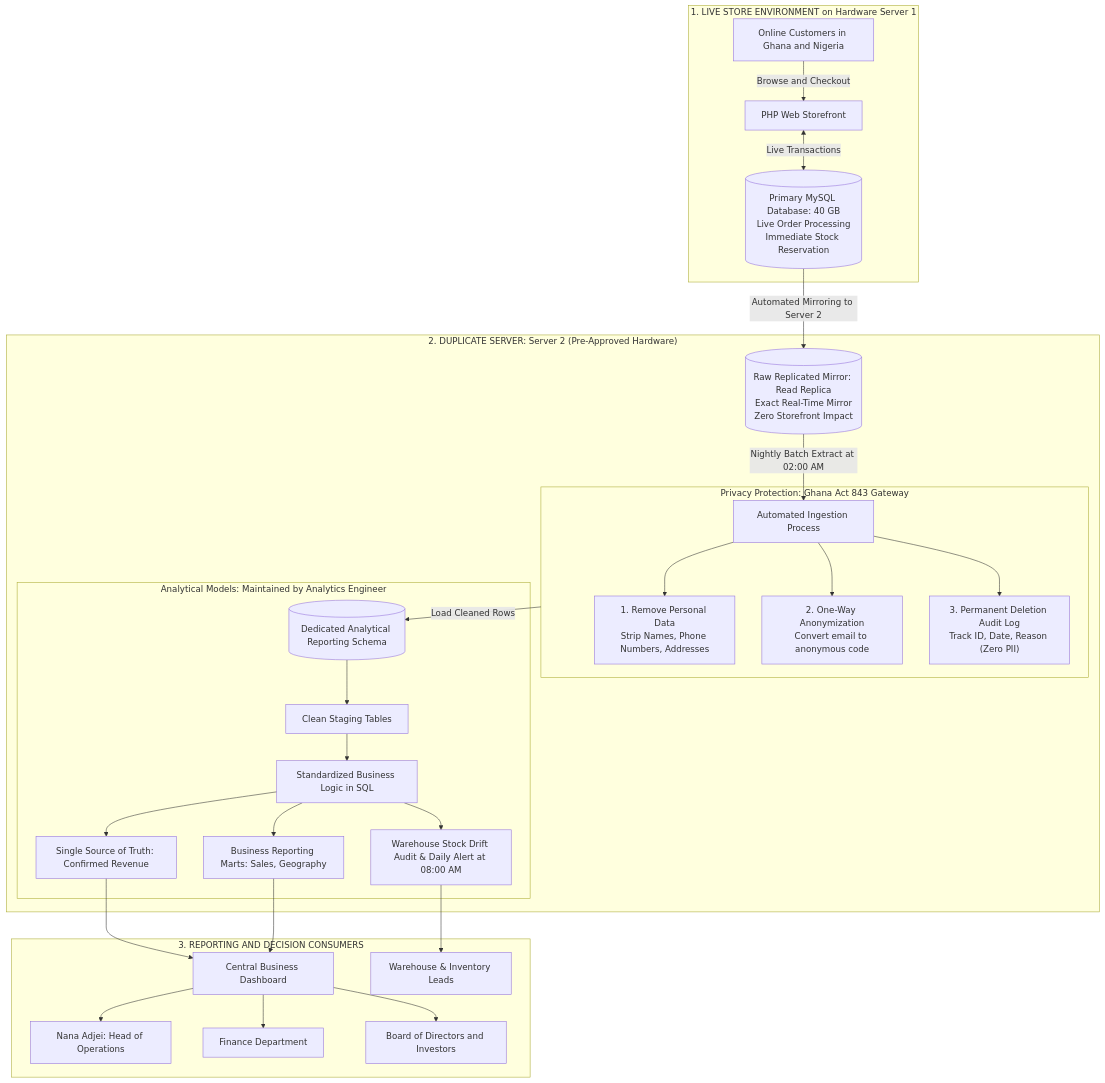
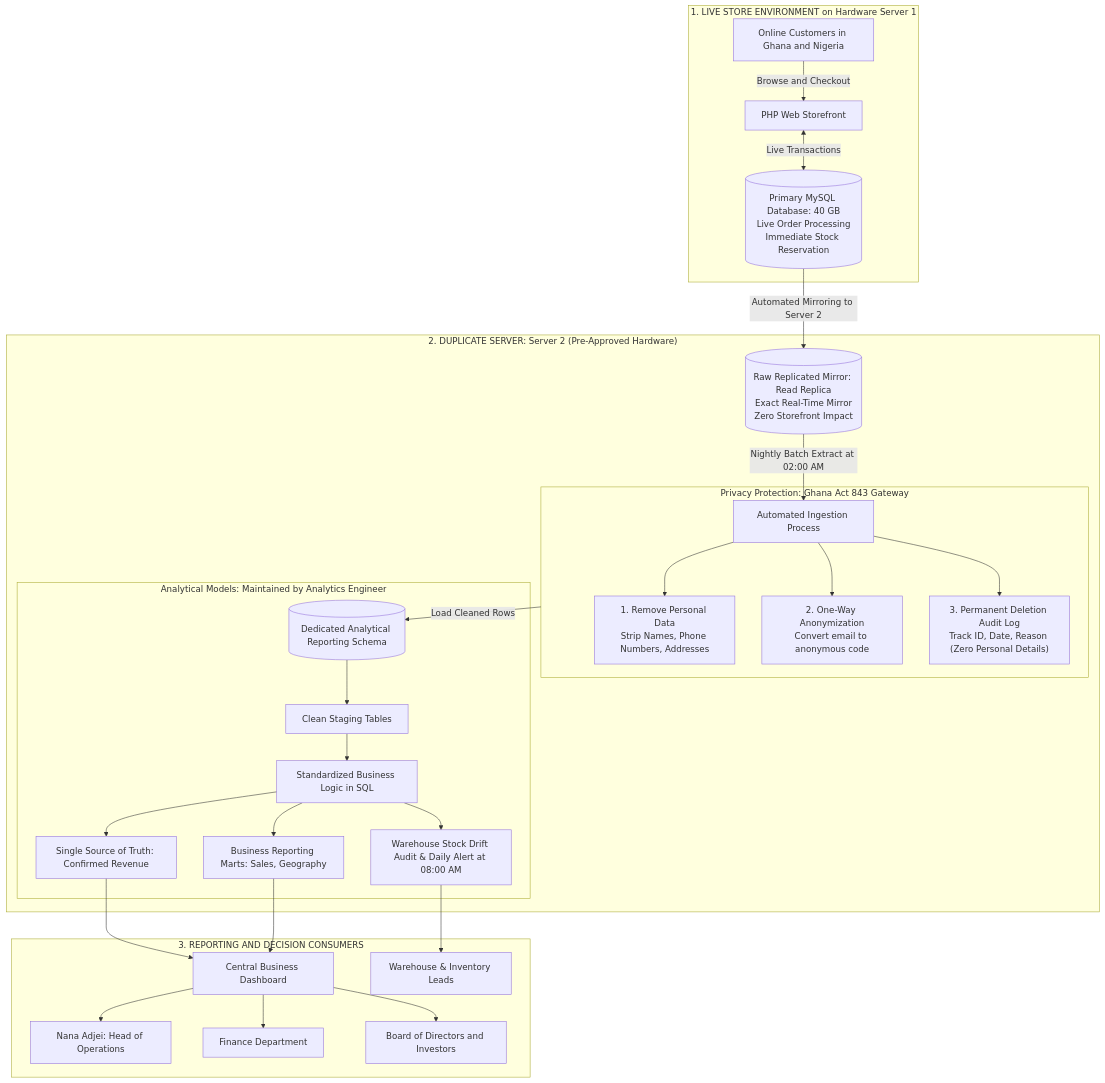
The first of 2 diagrams in erd_and_architecture.md (samuel-quaigraine/kloud_kart_lab_samuel_quaigraine), drawn with Mermaid before and after one commit. The commit also changed other lines of this file and 6 other files, not shown here.

````diff
--- a/erd_and_architecture.md
+++ b/erd_and_architecture.md
@@ -11,40 +11,40 @@
 ```mermaid
 flowchart TD
     subgraph LiveStore["1. LIVE STORE ENVIRONMENT on Hardware Server 1"]
         Shoppers["Online Customers in Ghana and Nigeria"] -->|"Browse and Checkout"| WebApp["PHP Web Storefront"]
         WebApp <-->|"Live Transactions"| PrimaryDB[("Primary MySQL Database: 40 GB<br/>Live Order Processing<br/>Immediate Stock Reservation")]
     end
 
     PrimaryDB -->|"Automated Mirroring to Server 2"| ReadReplica
 
     subgraph Server2["2. DUPLICATE SERVER: Server 2 (Pre-Approved Hardware)"]
         ReadReplica[("Raw Replicated Mirror: Read Replica<br/>Exact Real-Time Mirror<br/>Zero Storefront Impact")]
         
         ReadReplica -->|"Nightly Batch Extract at 02:00 AM"| IngestionProcess["Automated Ingestion Process"]
         
         subgraph PrivacyGateway["Privacy Protection: Ghana Act 843 Gateway"]
             IngestionProcess --> DropPII["1. Remove Personal Data<br/>Strip Names, Phone Numbers, Addresses"]
             IngestionProcess --> HashEmail["2. One-Way Anonymization<br/>Convert email to anonymous code"]
-            IngestionProcess --> AuditLog["3. Permanent Deletion Audit Log<br/>Track ID, Date, Reason (Zero PII)"]
+            IngestionProcess --> AuditLog["3. Permanent Deletion Audit Log<br/>Track ID, Date, Reason (Zero Personal Details)"]
         end
         
         PrivacyGateway -->|"Load Cleaned Rows"| WarehouseDB[("Dedicated Analytical Reporting Schema")]
         
         subgraph AnalyticsDataModels["Analytical Models: Maintained by Analytics Engineer"]
             WarehouseDB --> StagingTables["Clean Staging Tables"]
             StagingTables --> TransformationSQL["Standardized Business Logic in SQL"]
             TransformationSQL --> CanonicalRevenue["Single Source of Truth: Confirmed Revenue"]
             TransformationSQL --> DimensionalMarts["Business Reporting Marts: Sales, Geography"]
             TransformationSQL --> StockDriftAudit["Warehouse Stock Drift Audit & Daily Alert at 08:00 AM"]
         end
     end
 
     subgraph ReportingConsumers["3. REPORTING AND DECISION CONSUMERS"]
         CanonicalRevenue --> UnifiedDashboard["Central Business Dashboard"]
         DimensionalMarts --> UnifiedDashboard
         UnifiedDashboard --> NanaView["Nana Adjei: Head of Operations"]
         UnifiedDashboard --> FinanceView["Finance Department"]
         UnifiedDashboard --> BoardView["Board of Directors and Investors"]
         StockDriftAudit --> WarehouseView["Warehouse & Inventory Leads"]
     end
 ```
````
